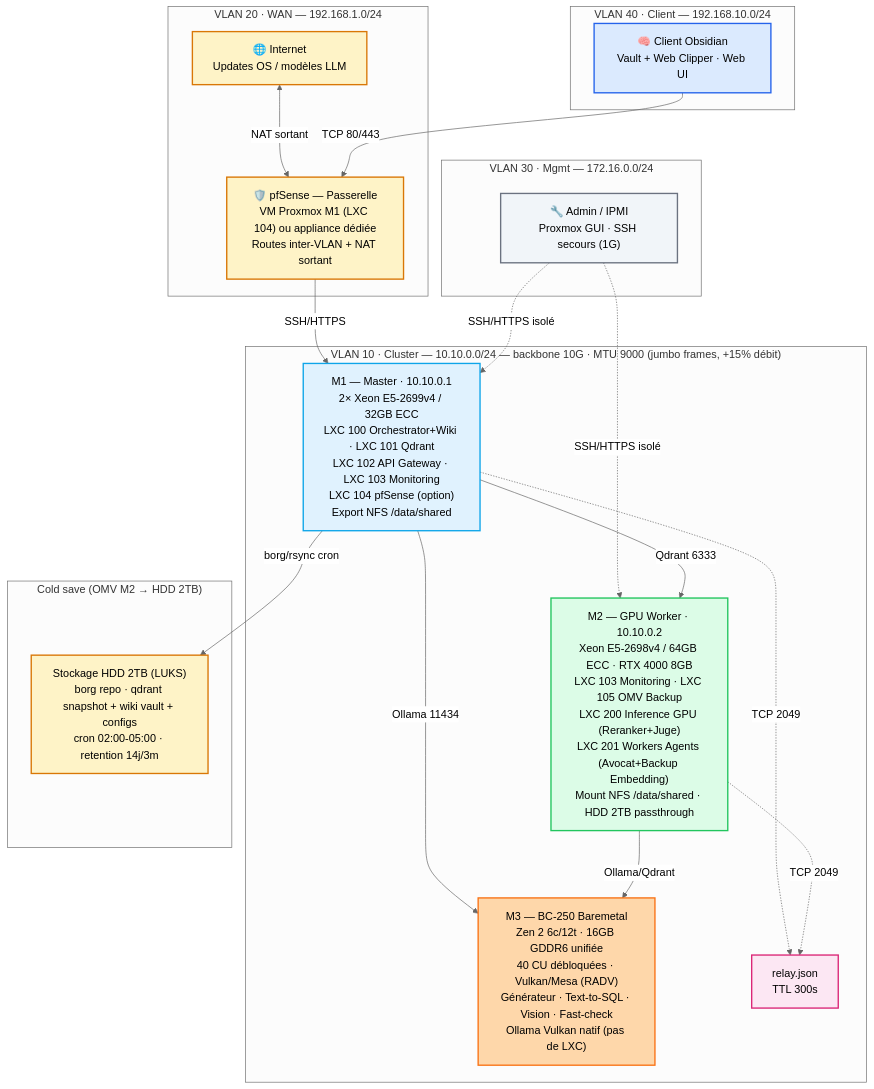
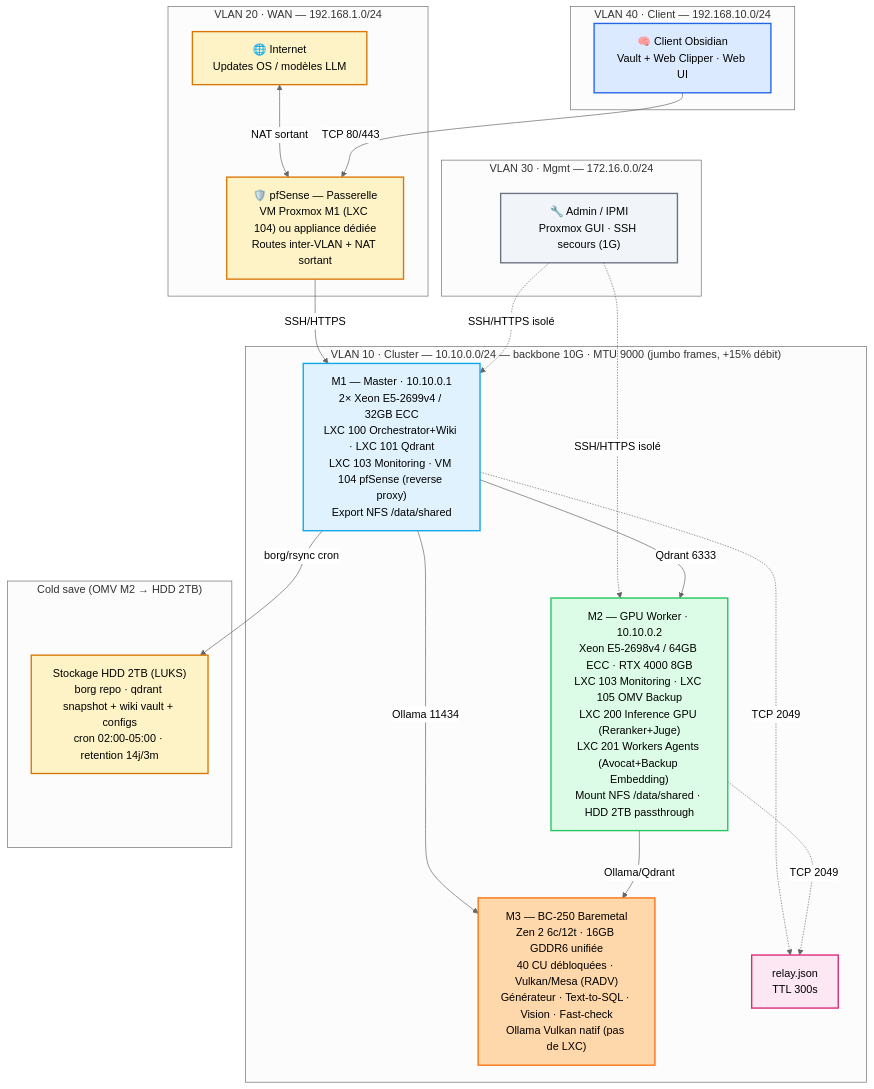
The fifth of 6 diagrams in README.md (chelmooz/rag-multi-agent-cluster), drawn with Mermaid (neutral theme) before and after one commit. The commit also changed other lines of this file and 4 other files, not shown here.

Commit message:
docs: cold save déplacé sur M2 (OMV LXC 105) — stockage, diagrams et tables à jour, nginx LXC 102 retiré

````diff
--- a/README.md
+++ b/README.md
@@ -267,47 +267,47 @@
 ```mermaid
 flowchart TB
     classDef wan fill:#fef3c7,stroke:#d97706,stroke-width:2px
     classDef client fill:#dbeafe,stroke:#2563eb,stroke-width:2px
     classDef mgmt fill:#f1f5f9,stroke:#6b7280,stroke-width:2px
     classDef m1 fill:#e0f2fe,stroke:#0ea5e9,stroke-width:2px
     classDef m2 fill:#dcfce7,stroke:#22c55e,stroke-width:2px
     classDef m3 fill:#fed7aa,stroke:#f97316,stroke-width:2px
     classDef relay fill:#fce7f3,stroke:#db2777,stroke-width:2px
     classDef cold fill:#fef3c7,stroke:#d97706,stroke-width:2px
 
     subgraph VLAN20["VLAN 20 · WAN — 192.168.1.0/24"]
         Internet["🌐 Internet<br/>Updates OS / modèles LLM"]:::wan
         pfSense["🛡️ pfSense — Passerelle<br/>VM Proxmox M1 (LXC 104) ou appliance dédiée<br/>Routes inter-VLAN + NAT sortant"]:::wan
     end
 
     subgraph VLAN40["VLAN 40 · Client — 192.168.10.0/24"]
         Obsidian["🧠 Client Obsidian<br/>Vault + Web Clipper · Web UI"]:::client
     end
 
     subgraph VLAN30["VLAN 30 · Mgmt — 172.16.0.0/24"]
         Admin["🔧 Admin / IPMI<br/>Proxmox GUI · SSH secours (1G)"]:::mgmt
     end
 
 subgraph VLAN10["VLAN 10 · Cluster — 10.10.0.0/24 — backbone 10G · MTU 9000 (jumbo frames, +15% débit)"]
-        M1["M1 — Master · 10.10.0.1<br/>2× Xeon E5-2699v4 / 32GB ECC<br/>LXC 100 Orchestrator+Wiki · LXC 101 Qdrant<br/>LXC 102 API Gateway · LXC 103 Monitoring<br/>LXC 104 pfSense (option)<br/>Export NFS /data/shared"]:::m1
+        M1["M1 — Master · 10.10.0.1<br/>2× Xeon E5-2699v4 / 32GB ECC<br/>LXC 100 Orchestrator+Wiki · LXC 101 Qdrant<br/>LXC 103 Monitoring · VM 104 pfSense (reverse proxy)<br/>Export NFS /data/shared"]:::m1
         M2["M2 — GPU Worker · 10.10.0.2<br/>Xeon E5-2698v4 / 64GB ECC · RTX 4000 8GB<br/>LXC 103 Monitoring · LXC 105 OMV Backup<br/>LXC 200 Inference GPU (Reranker+Juge)<br/>LXC 201 Workers Agents (Avocat+Backup Embedding)<br/>Mount NFS /data/shared · HDD 2TB passthrough"]:::m2
         M3["M3 — BC-250 Baremetal<br/>Zen 2 6c/12t · 16GB GDDR6 unifiée<br/>40 CU débloquées · Vulkan/Mesa (RADV)<br/>Générateur · Text-to-SQL · Vision · Fast-check<br/>Ollama Vulkan natif (pas de LXC)"]:::m3
         Relay["relay.json<br/>TTL 300s"]:::relay
     end
 
     subgraph COLDBOX["Cold save (OMV M2 → HDD 2TB)"]
         HDD["Stockage HDD 2TB (LUKS)<br/>borg repo · qdrant snapshot + wiki vault + configs<br/>cron 02:00-05:00 · retention 14j/3m"]:::cold
     end
 
     Internet <--> |NAT sortant| pfSense
     Obsidian -->|TCP 80/443| pfSense
     pfSense -->|SSH/HTTPS| M1
     Admin -.->|SSH/HTTPS isolé| M1
     Admin -.->|SSH/HTTPS isolé| M2
     M1 -->|Qdrant 6333| M2
     M1 -->|Ollama 11434| M3
     M2 -->|Ollama/Qdrant| M3
     M1 -.->|TCP 2049| Relay
     M2 -.->|TCP 2049| Relay
     M1 -->|borg/rsync cron| HDD
 ```
````
